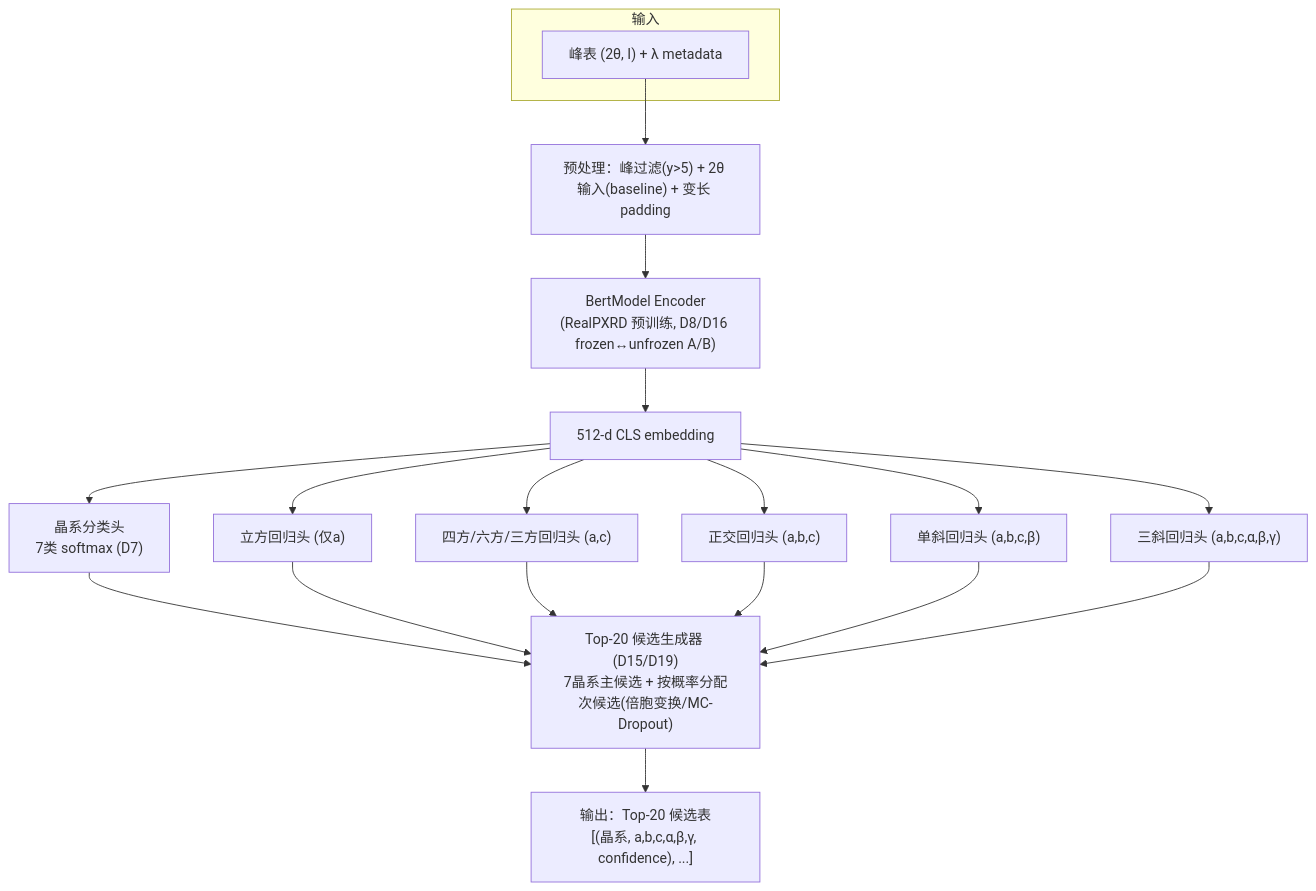
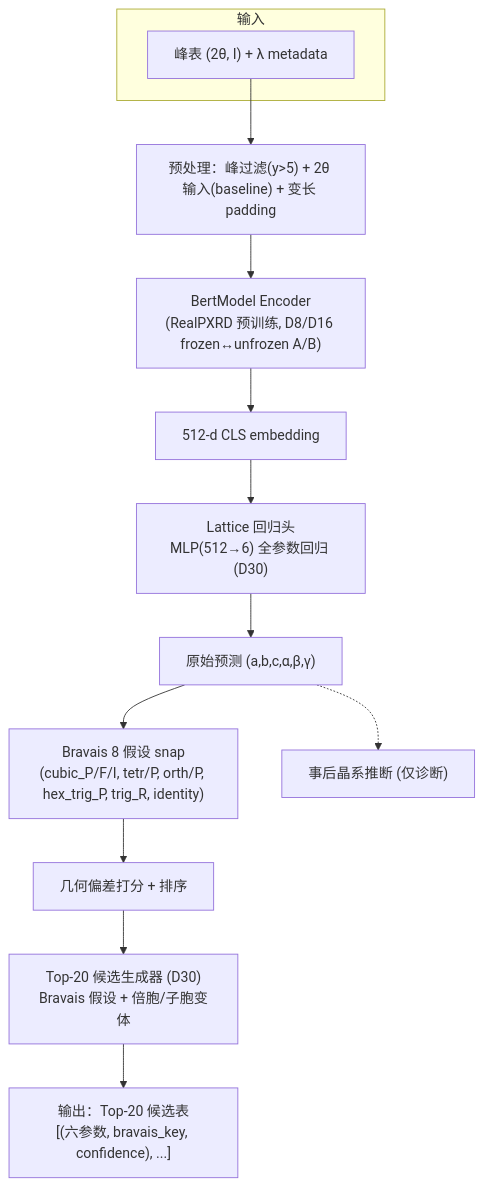
The first of 2 diagrams in docs/01-design.md (BaikelWang/pxrd-cell-indexer), drawn with Mermaid before and after one commit. The commit also changed other lines of this file and 304 other files, not shown here.

````diff
--- a/docs/01-design.md
+++ b/docs/01-design.md
@@ -29,26 +29,18 @@
 ```mermaid
 flowchart TD
     subgraph Input["输入"]
         A1["峰表 (2θ, I) + λ metadata"]
     end
 
     A1 --> P1["预处理：峰过滤(y>5) + 2θ 输入(baseline) + 变长 padding"]
     P1 --> ENC["BertModel Encoder<br/>(RealPXRD 预训练, D8/D16 frozen↔unfrozen A/B)"]
     ENC --> EMB["512-d CLS embedding"]
 
-    EMB --> CLS["晶系分类头<br/>7类 softmax (D7)"]
-    EMB --> H1["立方回归头 (仅a)"]
-    EMB --> H2["四方/六方/三方回归头 (a,c)"]
-    EMB --> H3["正交回归头 (a,b,c)"]
-    EMB --> H4["单斜回归头 (a,b,c,β)"]
-    EMB --> H5["三斜回归头 (a,b,c,α,β,γ)"]
-
-    CLS --> TOPK["Top-20 候选生成器 (D15/D19)<br/>7晶系主候选 + 按概率分配次候选(倍胞变换/MC-Dropout)"]
-    H1 --> TOPK
-    H2 --> TOPK
-    H3 --> TOPK
-    H4 --> TOPK
-    H5 --> TOPK
-
-    TOPK --> OUT["输出：Top-20 候选表<br/>[(晶系, a,b,c,α,β,γ, confidence), ...]"]
+    EMB --> REG["Lattice 回归头<br/>MLP(512→6) 全参数回归 (D30)"]
+    REG --> RAW["原始预测 (a,b,c,α,β,γ)"]
+    RAW --> SNAP["Bravais 8 假设 snap<br/>(cubic_P/F/I, tetr/P, orth/P, hex_trig_P, trig_R, identity)"]
+    SNAP --> SCORE["几何偏差打分 + 排序"]
+    SCORE --> TOPK["Top-20 候选生成器 (D30)<br/>Bravais 假设 + 倍胞/子胞变体"]
+    TOPK --> OUT["输出：Top-20 候选表<br/>[(六参数, bravais_key, confidence), ...]"]
+    RAW -.-> POST["事后晶系推断 (仅诊断)"]
 ```
````
